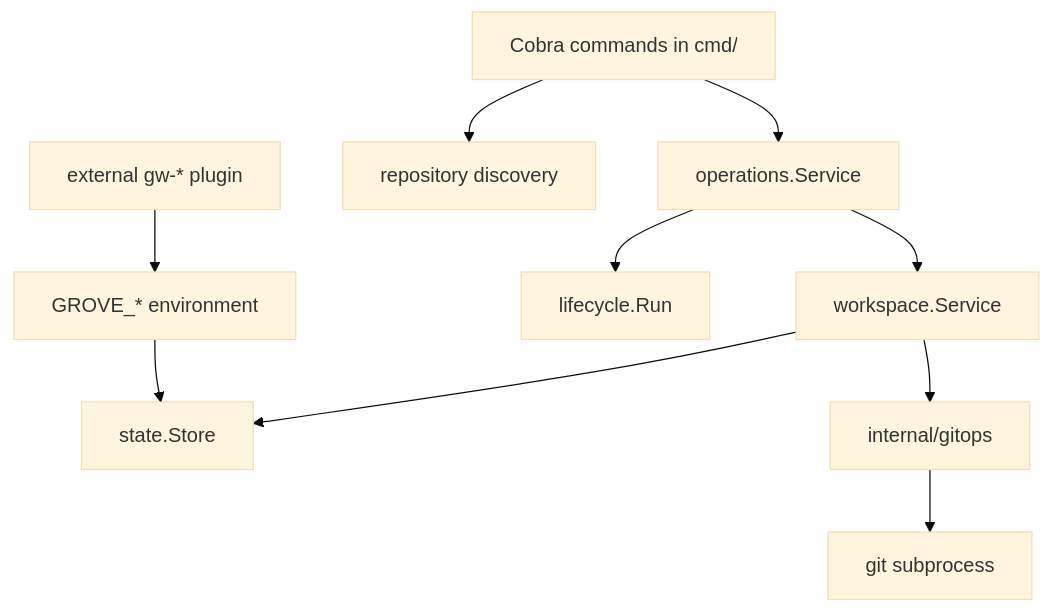
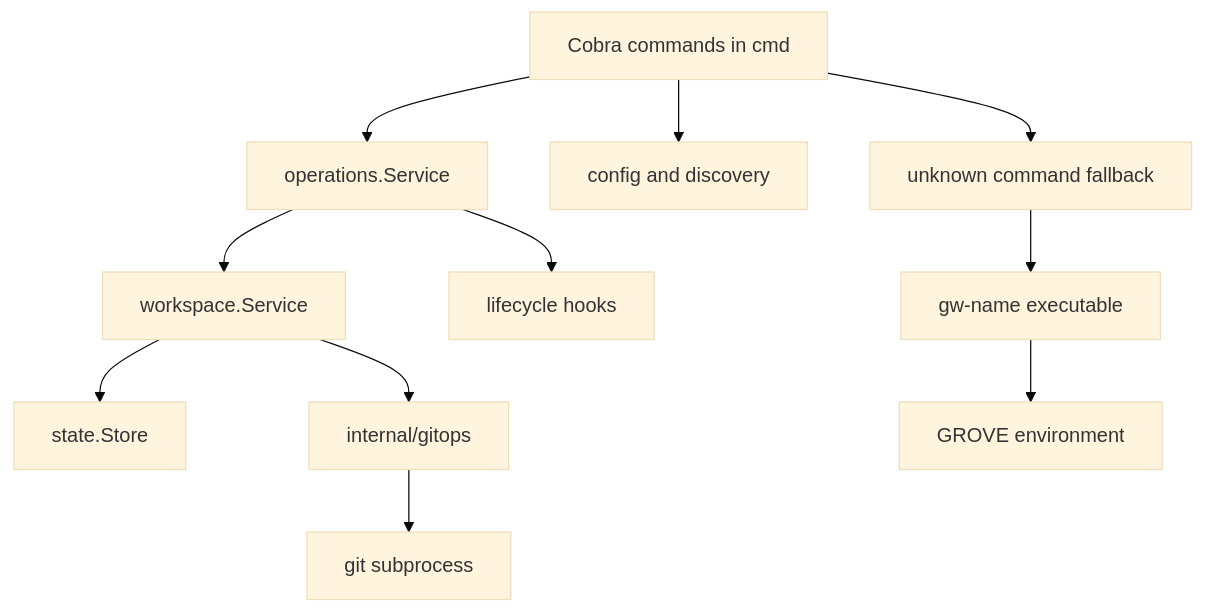
One commit to nicksenap/grove changed the first of 3 diagrams in openwiki/architecture.md. Above: the diagram before and after it, drawn with Mermaid (base theme). The commit also changed other lines of this file and 21 other files, not shown here.

````diff
--- a/openwiki/architecture.md
+++ b/openwiki/architecture.md
@@ -61,12 +43,13 @@
 ```mermaid
 flowchart TD
-    CLI["Cobra commands in cmd/"] --> OPS["operations.Service"]
+    CLI["Cobra commands in cmd"] --> OPS["operations.Service"]
     OPS --> WS["workspace.Service"]
-    OPS --> HOOK["lifecycle.Run"]
     WS --> STATE["state.Store"]
     WS --> GIT["internal/gitops"]
     GIT --> SUB["git subprocess"]
-    CLI --> DISC["repository discovery"]
-    PLUG["external gw-* plugin"] --> ENV["GROVE_* environment"]
-    ENV --> STATE
+    OPS --> HOOK["lifecycle hooks"]
+    CLI --> CFG["config and discovery"]
+    CLI --> FALLBACK["unknown command fallback"]
+    FALLBACK --> EXT["gw-name executable"]
+    EXT --> ENV["GROVE environment"]
 ```
````
